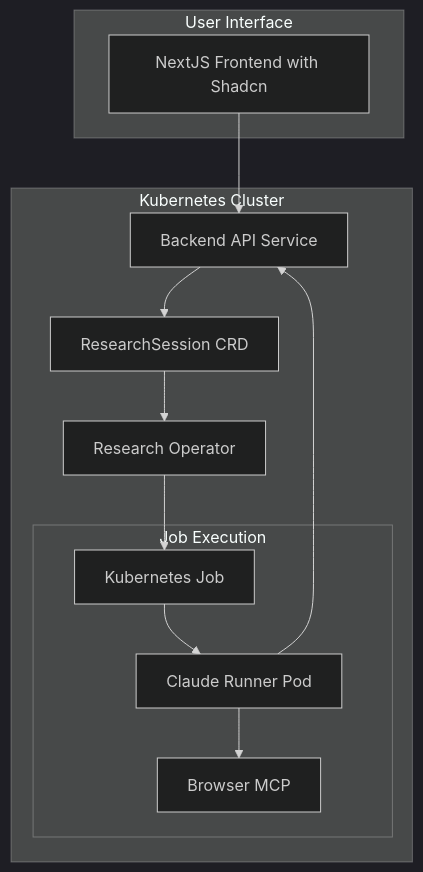
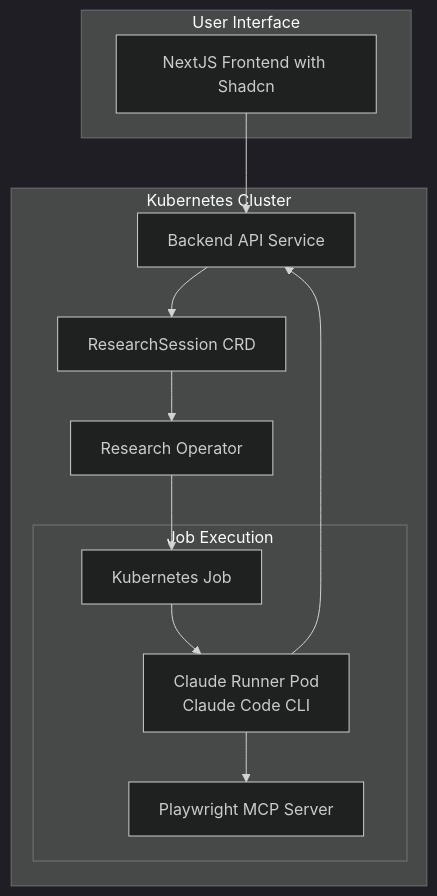
The diagram in docs/SETUP.md (Gkrumbach07/claude-runner), drawn with Mermaid (dark theme) before and after one commit. The commit also changed other lines of this file and 14 other files, not shown here.

First line of the commit message:
Update README, API, and frontend components for Claude Research Runner enhancements

````diff
--- a/docs/SETUP.md
+++ b/docs/SETUP.md
@@ -22,26 +22,26 @@
 ```mermaid
 graph TB
     subgraph "User Interface"
         UI[NextJS Frontend with Shadcn]
     end
     
     subgraph "Kubernetes Cluster"
         API[Backend API Service]
         OP[Research Operator]
         CR[ResearchSession CRD]
         
         subgraph "Job Execution"
             JOB[Kubernetes Job]
-            POD[Claude Runner Pod]
-            MCP[Browser MCP]
+            POD[Claude Runner Pod<br/>Claude Code CLI]
+            MCP[Playwright MCP Server]
         end
     end
     
     UI --> API
     API --> CR
     CR --> OP
     OP --> JOB
     JOB --> POD
     POD --> MCP
     POD --> API
 ```
````
